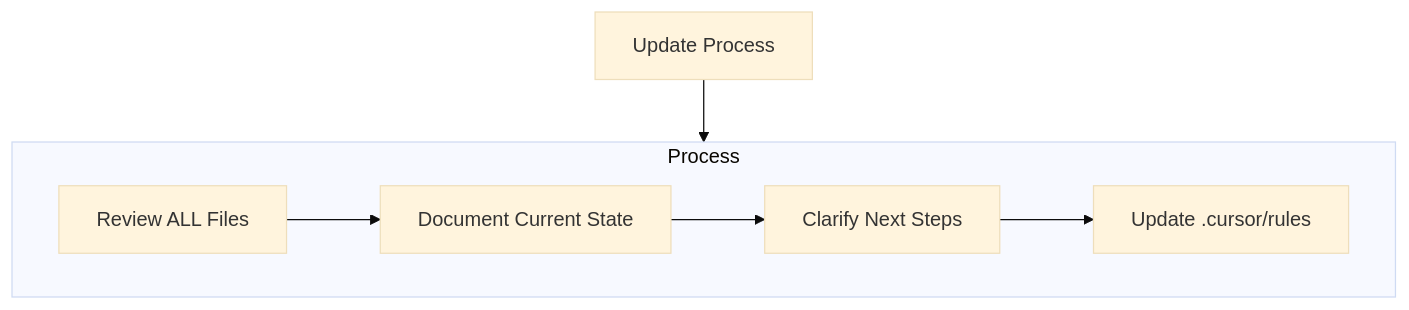
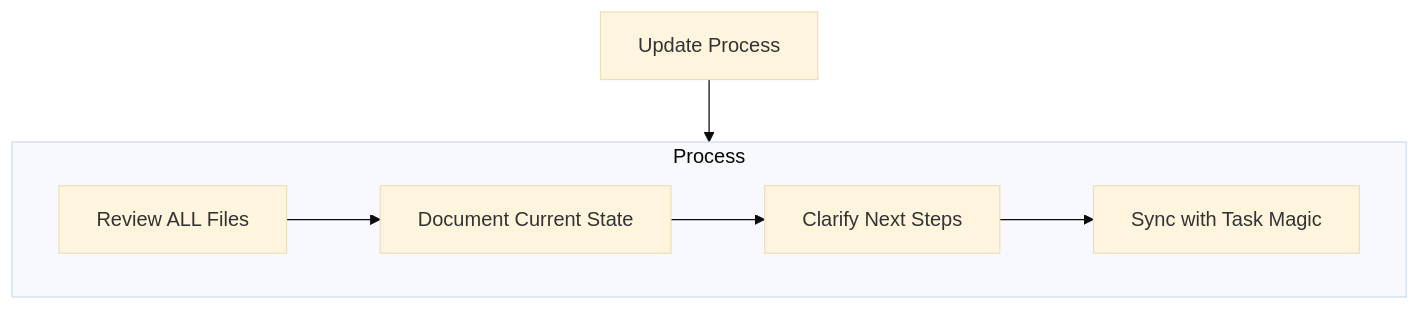
One commit to louisfghbvc/task-management-memory-system changed the eighth of 11 diagrams in .cursor/rules/memory-bank.mdc. Above: the diagram before and after it, drawn with Mermaid (base theme). The commit also changed other lines of this file and 1 other file, not shown here.

Commit message:
更新記憶體庫與統一工作流程文件，調整流程圖以強調記憶體庫與任務魔法的分工，並明確定義系統責任矩陣與數據流邊界。

````diff
--- a/.cursor/rules/memory-bank.mdc
+++ b/.cursor/rules/memory-bank.mdc
@@ -223,15 +223,15 @@
 ```mermaid
 flowchart TD
     Start[Update Process]
     
     subgraph Process
         P1[Review ALL Files]
         P2[Document Current State]
         P3[Clarify Next Steps]
-        P4[Update .cursor/rules]
+        P4[Sync with Task Magic]
         
         P1 --> P2 --> P3 --> P4
     end
     
     Start --> Process
 ```
````
